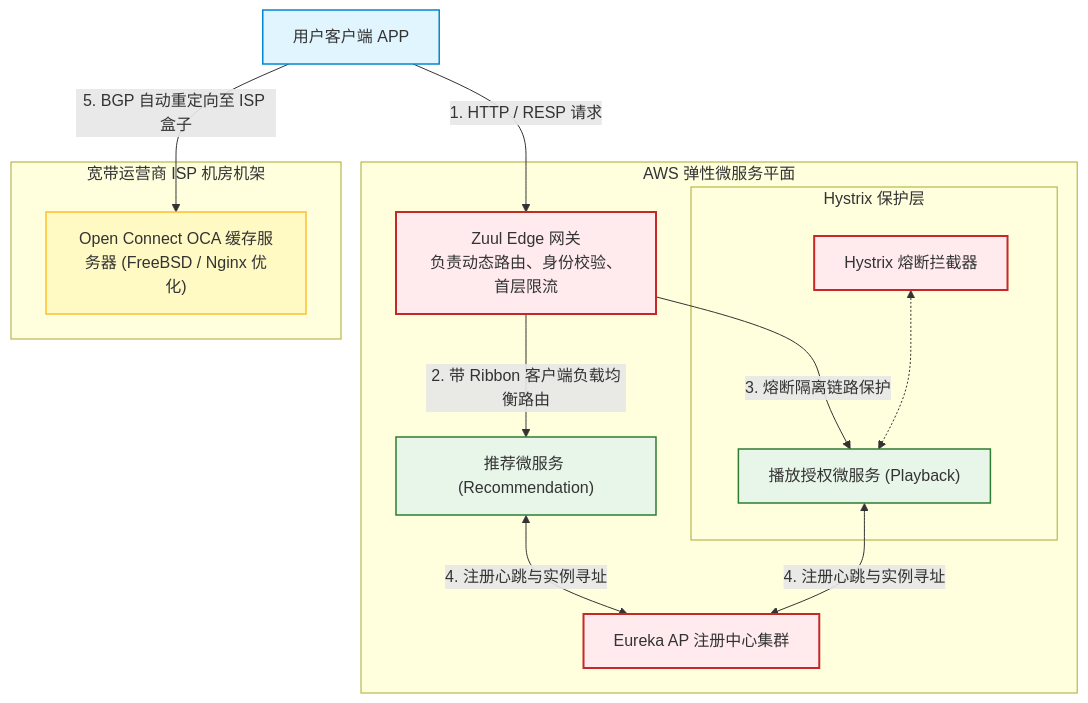
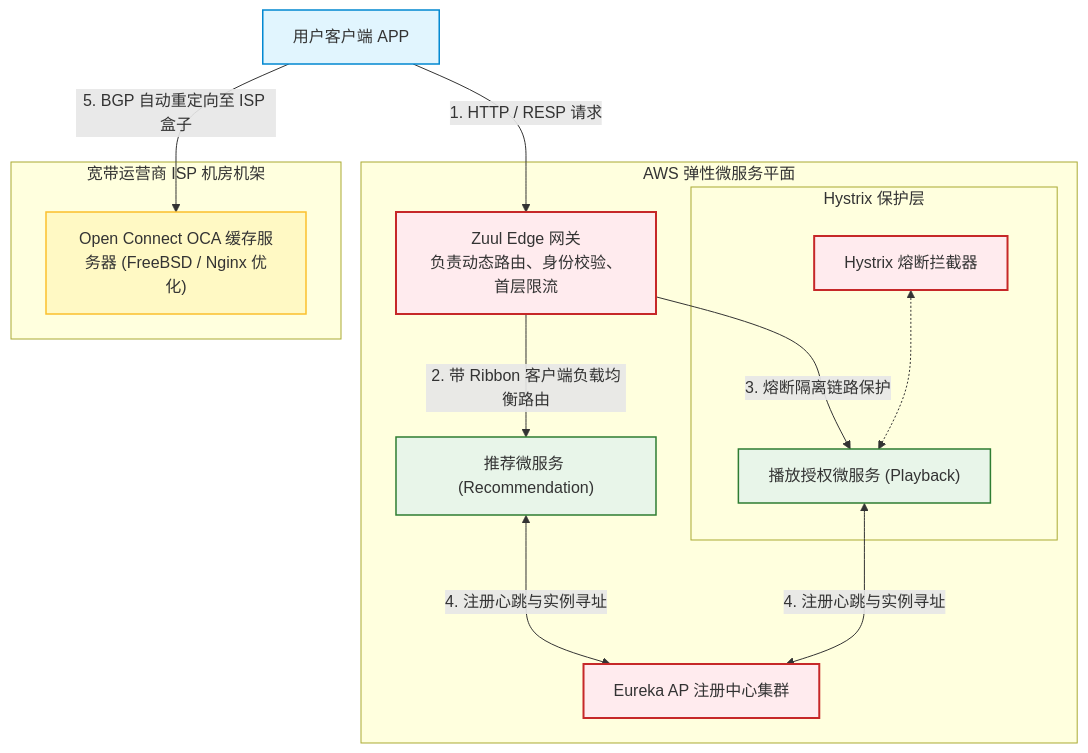
One commit to koosai/AI-Architect-Learning changed the third of 8 diagrams in docs/atlas/netflix.mdx. Above: the diagram before and after it, drawn with Mermaid. The commit also changed other lines of this file and 68 other files, not shown here.

Commit message:
fix(atlas): fix browser client-side Mermaid rendering for mindmaps and flowcharts across 67 case studies

````diff
--- a/docs/atlas/netflix.mdx
+++ b/docs/atlas/netflix.mdx
@@ -155,26 +155,26 @@
 ```mermaid
 graph TB
   classDef gateway fill:#ffebee,stroke:#c62828,stroke-width:2px;
   classDef container fill:#e1f5fe,stroke:#0288d1,stroke-width:1.5px;
   classDef scale fill:#e8f5e9,stroke:#2e7d32,stroke-width:1.5px;
   classDef storage fill:#fff9c4,stroke:#fbc02d,stroke-width:1.5px;
 
   Client["用户客户端 APP"]:::container -->|1. HTTP / RESP 请求| ZuulGateway["Zuul Edge 网关<br/>负责动态路由、身份校验、首层限流"]:::gateway
   
   subgraph AWSControlPlane ["AWS 弹性微服务平面"]
     ZuulGateway -->|2. 带 Ribbon 客户端负载均衡路由| RecommendationService["推荐微服务 (Recommendation)"]:::scale
     ZuulGateway -->|3. 熔断隔离链路保护| PlaybackService["播放授权微服务 (Playback)"]:::scale
     
-    RecommendationService & PlaybackService <-->|4. 注册心跳与实例寻址| EurekaServer["Eureka AP 注册中心集群"]:::gateway
+    RecommendationService & PlaybackService <--->|4. 注册心跳与实例寻址| EurekaServer["Eureka AP 注册中心集群"]:::gateway
     
     subgraph ServiceResilience ["Hystrix 保护层"]
       HystrixCircuit["Hystrix 熔断拦截器"]:::gateway <.-> PlaybackService
     end
   end
 
   subgraph LocalISPNetwork ["宽带运营商 ISP 机房机架"]
     OCABox["Open Connect OCA 缓存服务器 (FreeBSD / Nginx 优化)"]:::storage
   end
 
   Client -->|5. BGP 自动重定向至 ISP 盒子| OCABox
 ```
````
